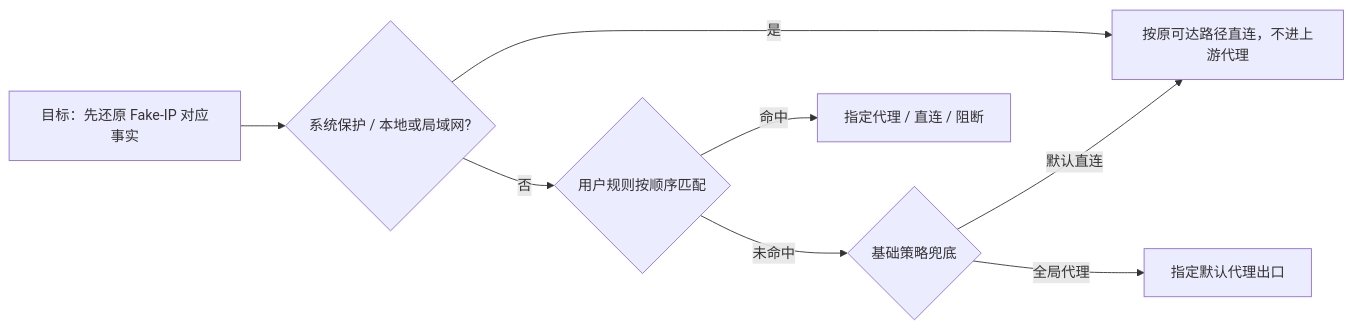
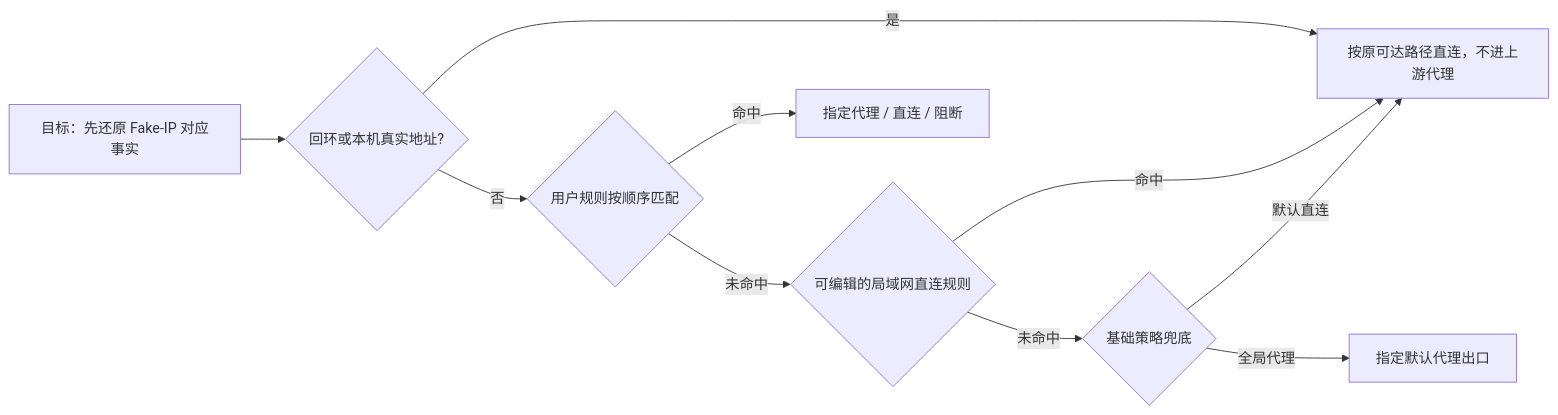
Before and after one commit to xjdrew/kone: the second of 2 diagrams in docs/requirements/prd.md, drawn with Mermaid. The commit also changed other lines of this file and 59 other files, not shown here.

````diff
--- a/docs/requirements/prd.md
+++ b/docs/requirements/prd.md
@@ -188,10 +188,12 @@
 ```mermaid
 flowchart LR
-  A[目标：先还原 Fake-IP 对应事实] --> B{系统保护 / 本地或局域网?}
+  A[目标：先还原 Fake-IP 对应事实] --> B{回环或本机真实地址?}
   B -->|是| D[按原可达路径直连，不进上游代理]
   B -->|否| R{用户规则按顺序匹配}
   R -->|命中| O[指定代理 / 直连 / 阻断]
-  R -->|未命中| F{基础策略兜底}
+  R -->|未命中| L{可编辑的局域网直连规则}
+  L -->|命中| D
+  L -->|未命中| F{基础策略兜底}
   F -->|默认直连| D
   F -->|全局代理| P[指定默认代理出口]
 ```
````
